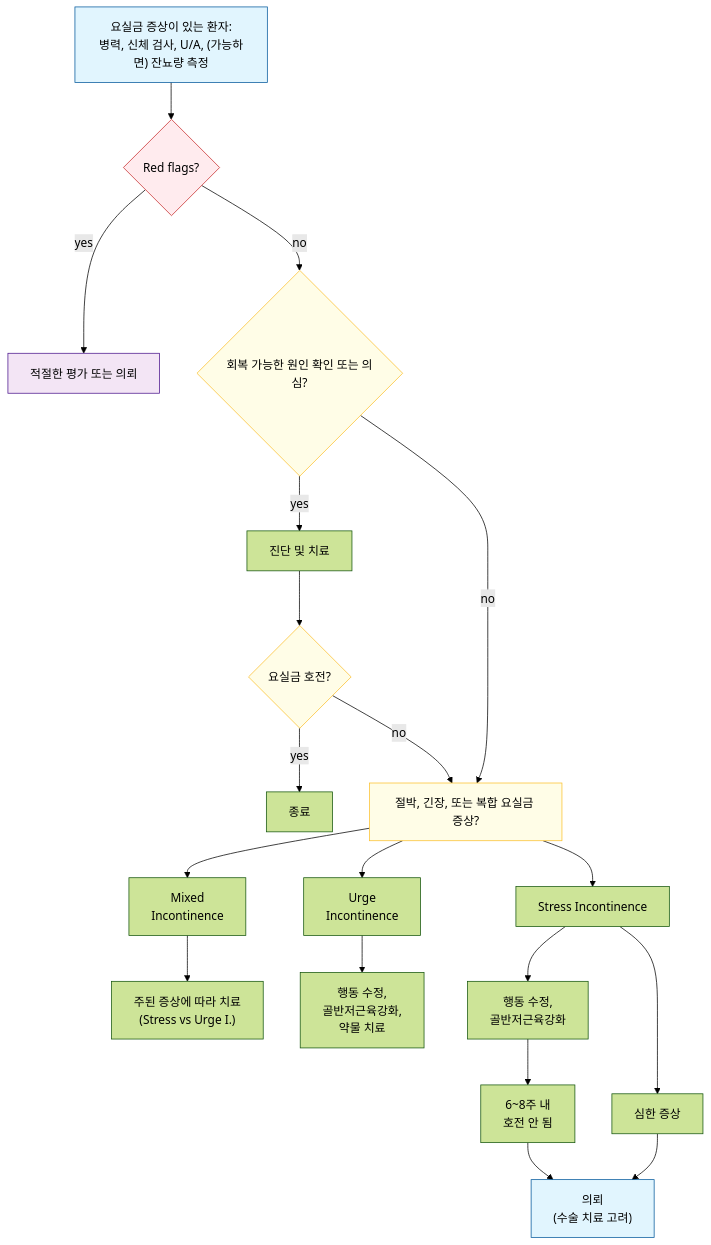
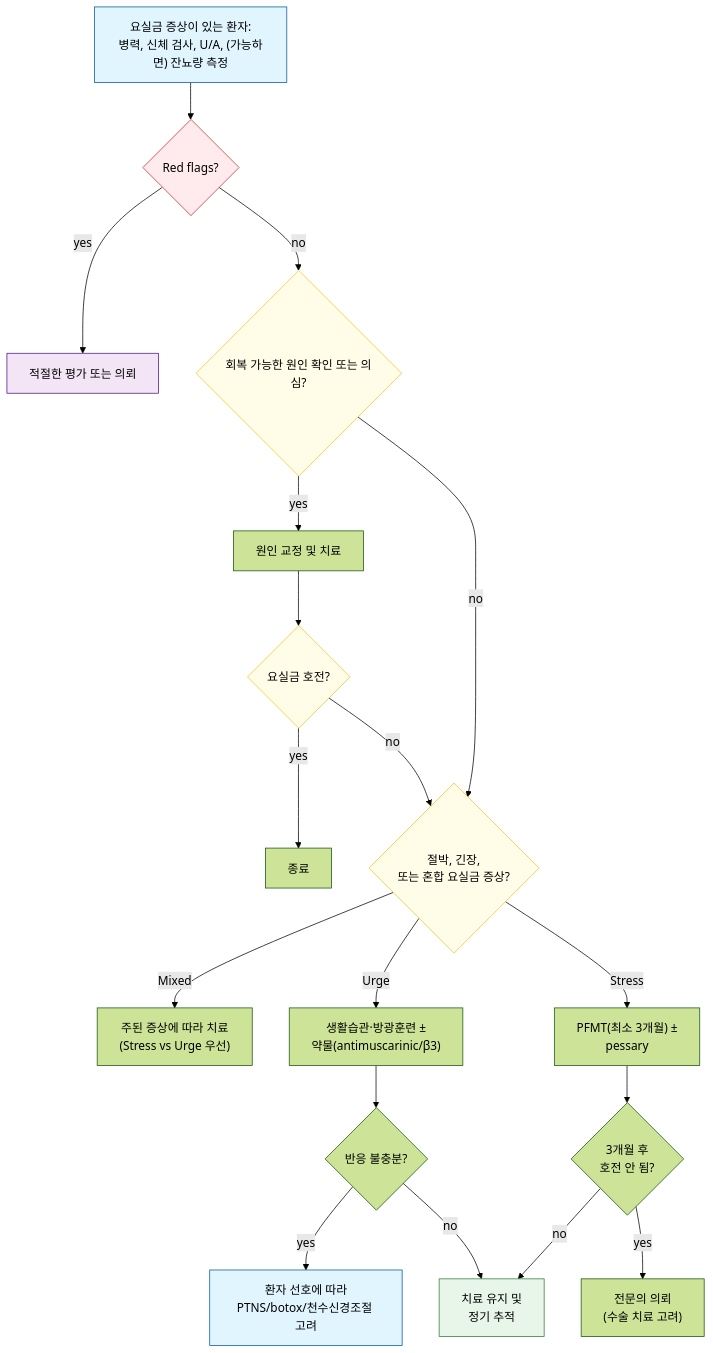
The diagram in 227_/125_-urinary-incontinence.md (familyoh77/familyoh77), drawn with Mermaid (forest theme) before and after one commit. The commit also changed other lines of this file, not shown here.

````diff
--- a/227_/125_-urinary-incontinence.md
+++ b/227_/125_-urinary-incontinence.md
@@ -253,33 +118,32 @@
 ```mermaid
 graph TD
     A["요실금 증상이 있는 환자:<br/>병력, 신체 검사, U/A, (가능하면) 잔뇨량 측정"] --> B{"Red flags?"}
     B -->|yes| C["적절한 평가 또는 의뢰"]
     B -->|no| D{"회복 가능한 원인 확인 또는 의심?"}
-    D -->|yes| E["진단 및 치료"]
+    D -->|yes| E["원인 교정 및 치료"]
     E --> F{"요실금 호전?"}
     F -->|yes| G["종료"]
-    F -->|no| H["절박, 긴장, 또는 복합 요실금 증상?"]
+    F -->|no| H{"절박, 긴장,<br/>또는 혼합 요실금 증상?"}
     D -->|no| H
-    
-    H --> I["Mixed<br/>Incontinence"]
-    H --> J["Urge<br/>Incontinence"]
-    H --> K["Stress Incontinence"]
-    
-    I --> L["주된 증상에 따라 치료<br/>(Stress vs Urge I.)"]
-    J --> M["행동 수정,<br/>골반저근육강화,<br/>약물 치료"]
-    
-    K --> N["행동 수정,<br/>골반저근육강화"]
-    K --> O["심한 증상"]
-    
-    N --> P["6~8주 내<br/>호전 안 됨"]
-    P --> Q["의뢰<br/>(수술 치료 고려)"]
-    O --> Q
+
+    H -->|Mixed| I["주된 증상에 따라 치료<br/>(Stress vs Urge 우선)"]
+    H -->|Urge| J["생활습관·방광훈련 ±<br/>약물(antimuscarinic/β3)"]
+    H -->|Stress| K["PFMT(최소 3개월) ±<br/>pessary"]
+
+    J --> M{"반응 불충분?"}
+    M -->|yes| Q["환자 선호에 따라<br/>PTNS/botox/천수신경조절 고려"]
+    M -->|no| S["치료 유지 및<br/>정기 추적"]
+
+    K --> N{"3개월 후<br/>호전 안 됨?"}
+    N -->|yes| R["전문의 의뢰<br/>(수술 치료 고려)"]
+    N -->|no| S
 
     style A fill:#e1f5fe,stroke:#01579b
     style B fill:#ffebee,stroke:#c62828
     style C fill:#f3e5f5,stroke:#4a148c
     style D fill:#fffde7,stroke:#fbc02d
     style F fill:#fffde7,stroke:#fbc02d
     style H fill:#fffde7,stroke:#fbc02d
     style Q fill:#e1f5fe,stroke:#01579b
+    style S fill:#e8f5e9,stroke:#2e7d32
 ```
````
